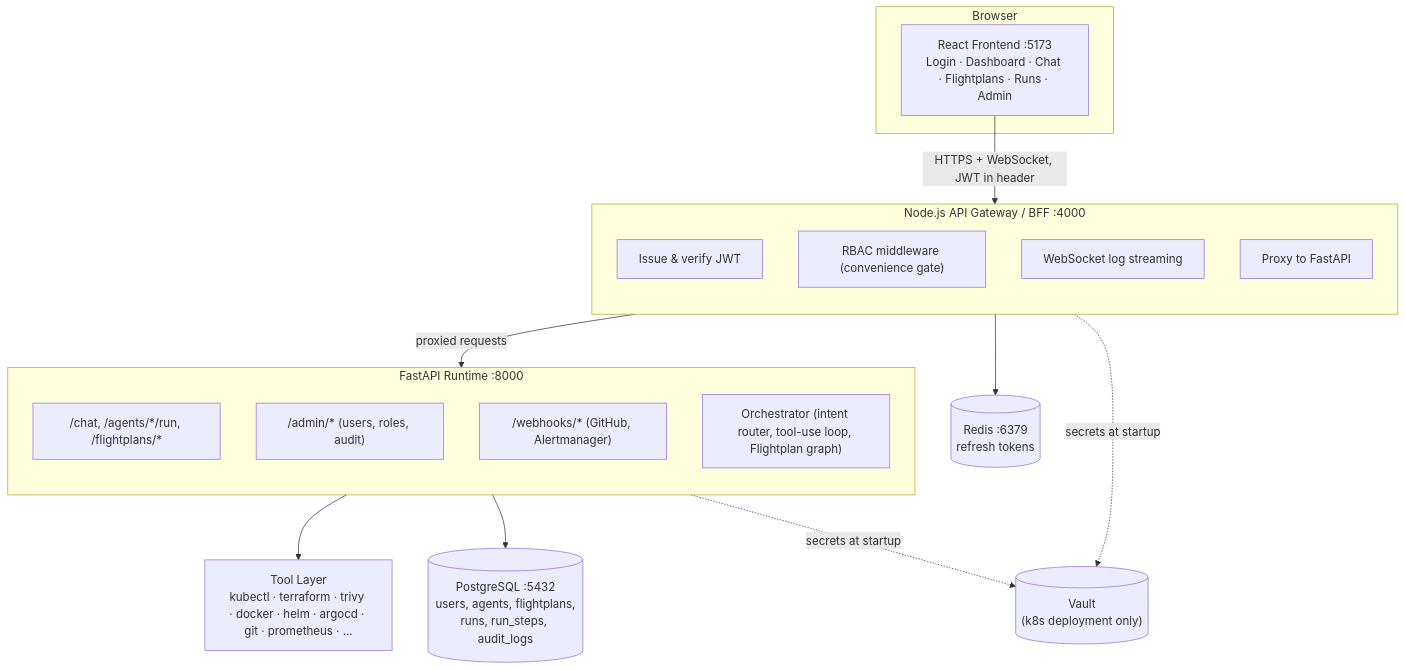
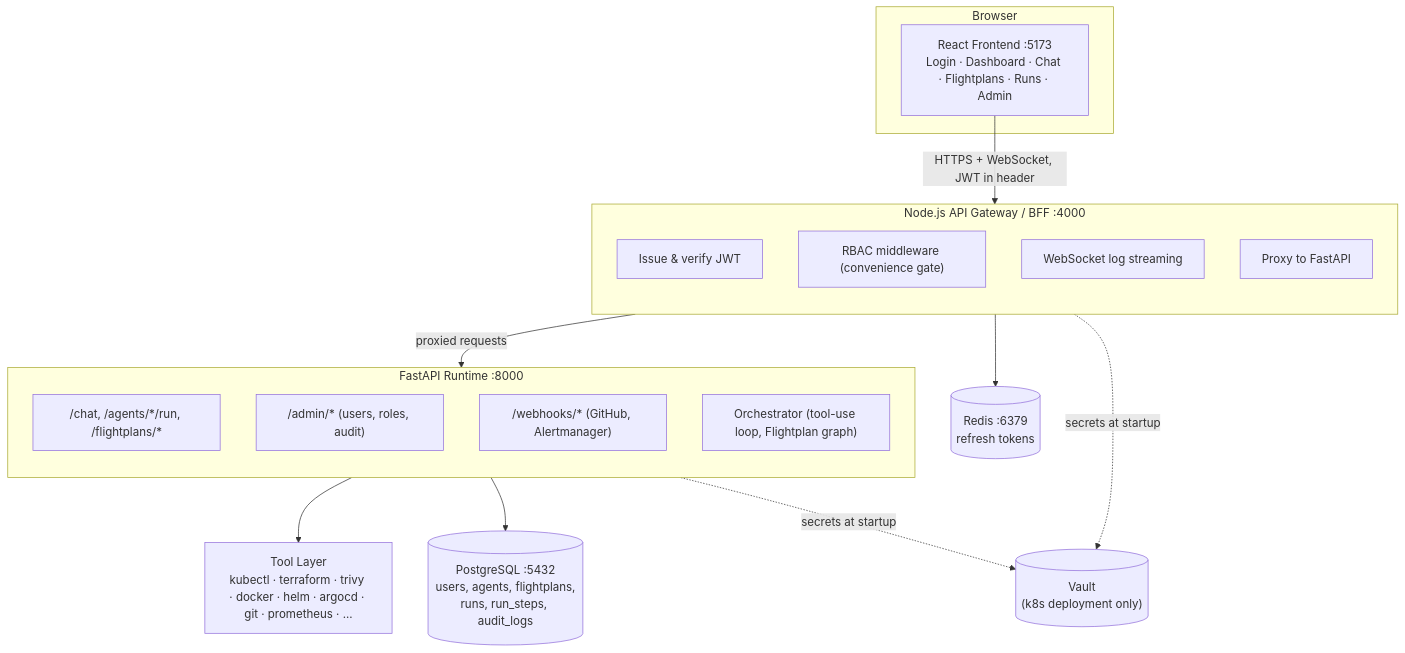
Before and after one commit to rupeshofficedata/OpsSquad: the first of 4 diagrams in docs/guide/02-architecture.md, drawn with Mermaid. The commit also changed other lines of this file and 6 other files, not shown here.

````diff
--- a/docs/guide/02-architecture.md
+++ b/docs/guide/02-architecture.md
@@ -7,34 +7,34 @@
 ```mermaid
 flowchart TB
     subgraph Browser
         FE["React Frontend :5173<br/>Login · Dashboard · Chat · Flightplans · Runs · Admin"]
     end
 
     FE -->|"HTTPS + WebSocket, JWT in header"| BFF
 
     subgraph BFF["Node.js API Gateway / BFF :4000"]
         direction TB
         B1["Issue & verify JWT"]
         B2["RBAC middleware (convenience gate)"]
         B3["WebSocket log streaming"]
         B4["Proxy to FastAPI"]
     end
 
     BFF -->|"proxied requests"| RT
 
     subgraph RT["FastAPI Runtime :8000"]
         direction TB
         R1["/chat, /agents/*/run, /flightplans/*"]
         R2["/admin/* (users, roles, audit)"]
         R3["/webhooks/* (GitHub, Alertmanager)"]
-        R4["Orchestrator (intent router, tool-use loop, Flightplan graph)"]
+        R4["Orchestrator (tool-use loop, Flightplan graph)"]
     end
 
     RT --> TOOLS["Tool Layer<br/>kubectl · terraform · trivy · docker · helm · argocd · git · prometheus · ..."]
 
     RT --> PG[("PostgreSQL :5432<br/>users, agents, flightplans,<br/>runs, run_steps, audit_logs")]
     BFF --> RD[("Redis :6379<br/>refresh tokens")]
 
     RT -.->|"secrets at startup"| V[("Vault<br/>(k8s deployment only)")]
     BFF -.->|"secrets at startup"| V
 ```
````
